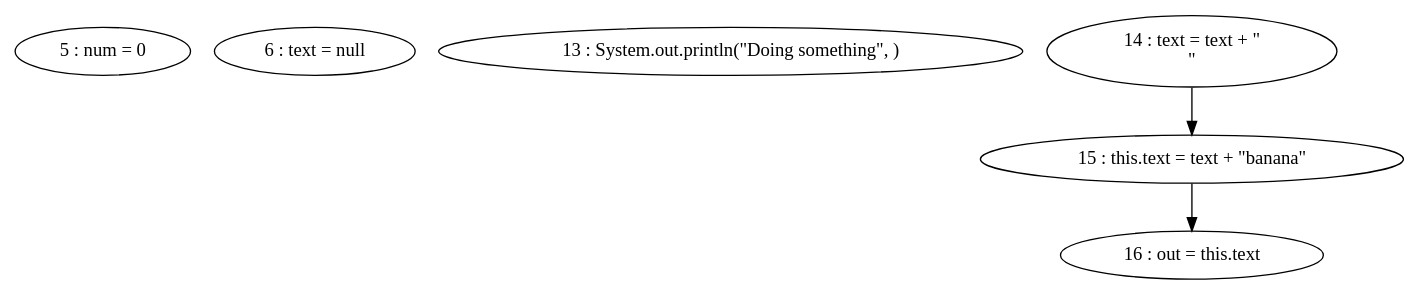
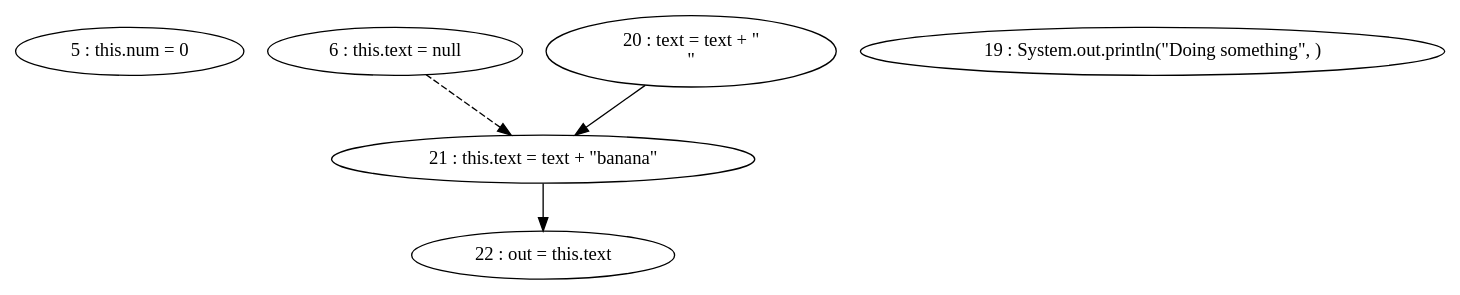
One commit to thomassimko/thesis-code-duplication changed the diagram in target/classes/pdg/source/testObject-doSomething.gv. Above: the diagram before and after it, drawn with Graphviz. The commit also changed 61 other files, not shown here.

```diff
--- a/target/classes/pdg/source/testObject-doSomething.gv
+++ b/target/classes/pdg/source/testObject-doSomething.gv
@@ -1,10 +1,11 @@
 digraph G {
-"5 : num = 0"
-"6 : text = null"
-"13 : System.out.println(\"Doing something\", )"
-"14 : text = text + \"\n\""
-"14 : text = text + \"\n\"" -> "15 : this.text = text + \"banana\""
-"15 : this.text = text + \"banana\""
-"15 : this.text = text + \"banana\"" -> "16 : out = this.text"
-"16 : out = this.text"
+"5 : this.num = 0"
+"6 : this.text = null"
+"6 : this.text = null" -> "21 : this.text = text + \"banana\"" [style=dashed]
+"19 : System.out.println(\"Doing something\", )"
+"20 : text = text + \"\n\""
+"20 : text = text + \"\n\"" -> "21 : this.text = text + \"banana\""
+"21 : this.text = text + \"banana\""
+"21 : this.text = text + \"banana\"" -> "22 : out = this.text"
+"22 : out = this.text"
 }
```
